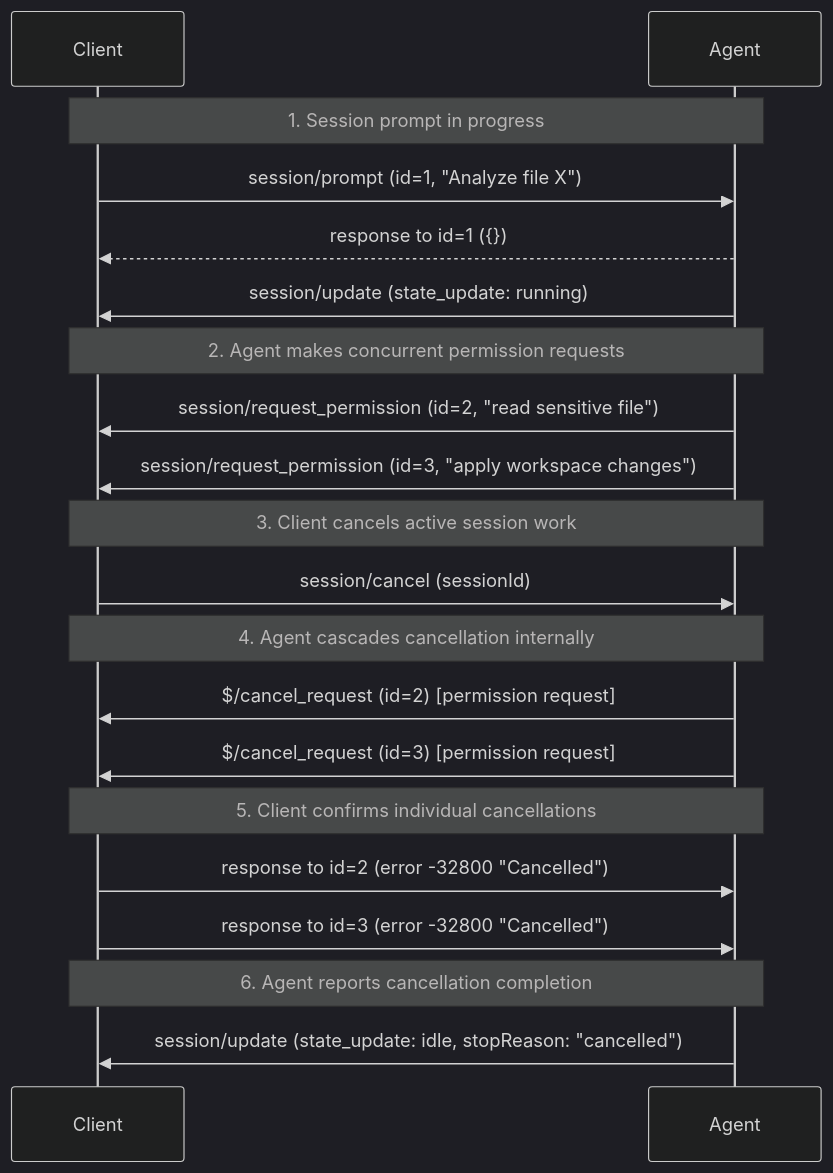
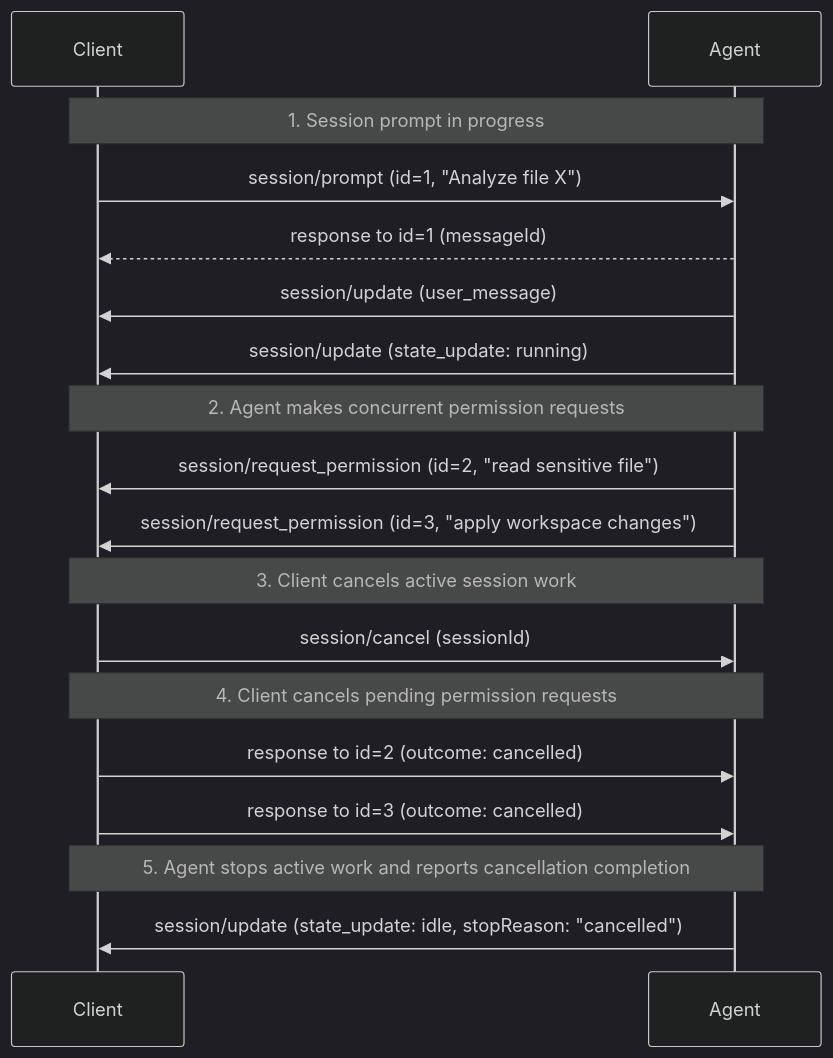
Before and after one commit to MAHDTech/agent-skills: the diagram in dashboard/content/skills/engineering/acp/resources/auto/protocol-v2-cancellation.md, drawn with Mermaid (dark theme). The commit also changed other lines of this file and 1445 other files, not shown here.

````diff
--- a/dashboard/content/skills/engineering/acp/resources/auto/protocol-v2-cancellation.md
+++ b/dashboard/content/skills/engineering/acp/resources/auto/protocol-v2-cancellation.md
@@ -56,28 +71,25 @@
 ```mermaid theme={null}
 sequenceDiagram
     participant Client
     participant Agent
 
     Note over Client,Agent: 1. Session prompt in progress
     Client->>Agent: session/prompt (id=1, "Analyze file X")
-    Agent-->>Client: response to id=1 ({})
+    Agent-->>Client: response to id=1 (messageId)
+    Agent->>Client: session/update (user_message)
     Agent->>Client: session/update (state_update: running)
 
     Note over Client,Agent: 2. Agent makes concurrent permission requests
     Agent->>Client: session/request_permission (id=2, "read sensitive file")
     Agent->>Client: session/request_permission (id=3, "apply workspace changes")
 
     Note over Client,Agent: 3. Client cancels active session work
     Client->>Agent: session/cancel (sessionId)
 
-    Note over Client,Agent: 4. Agent cascades cancellation internally
-    Agent->>Client: $/cancel_request (id=2) [permission request]
-    Agent->>Client: $/cancel_request (id=3) [permission request]
+    Note over Client,Agent: 4. Client cancels pending permission requests
+    Client->>Agent: response to id=2 (outcome: cancelled)
+    Client->>Agent: response to id=3 (outcome: cancelled)
 
-    Note over Client,Agent: 5. Client confirms individual cancellations
-    Client->>Agent: response to id=2 (error -32800 "Cancelled")
-    Client->>Agent: response to id=3 (error -32800 "Cancelled")
-
-    Note over Client,Agent: 6. Agent reports cancellation completion
+    Note over Client,Agent: 5. Agent stops active work and reports cancellation completion
     Agent->>Client: session/update (state_update: idle, stopReason: "cancelled")
 ```
````
